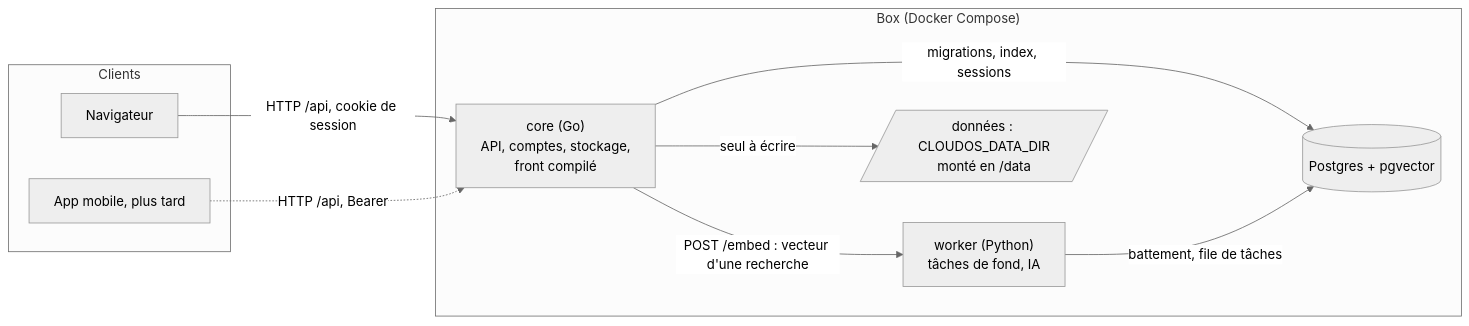
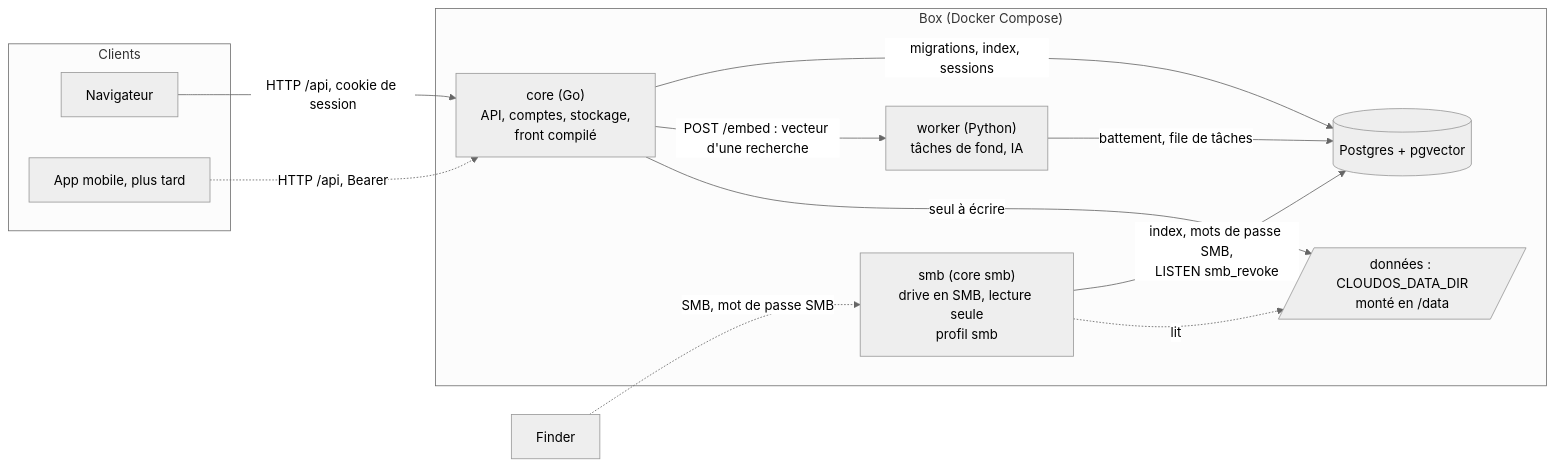
Before and after one commit to C2-POLY/cloud-os: the first of 3 diagrams in docs/architecture/overview.md, drawn with Mermaid (neutral theme). The commit also changed other lines of this file and 98 other files, not shown here.

````diff
--- a/docs/architecture/overview.md
+++ b/docs/architecture/overview.md
@@ -8,19 +8,23 @@
 ```mermaid
 flowchart LR
     subgraph Clients
         W[Navigateur]
         M[App mobile, plus tard]
     end
     subgraph Box["Box (Docker Compose)"]
         C["core (Go)<br/>API, comptes, stockage,<br/>front compilé"]
         K["worker (Python)<br/>tâches de fond, IA"]
+        S["smb (core smb)<br/>drive en SMB, lecture seule<br/>profil smb"]
         DB[("Postgres + pgvector")]
         D[/"données : CLOUDOS_DATA_DIR<br/>monté en /data"/]
     end
+    F[Finder] -. "SMB, mot de passe SMB" .-> S
     W -- "HTTP /api, cookie de session" --> C
     M -. "HTTP /api, Bearer" .-> C
     C -- "migrations, index, sessions" --> DB
     K -- "battement, file de tâches" --> DB
     C -- "POST /embed : vecteur d'une recherche" --> K
     C -- "seul à écrire" --> D
+    S -- "index, mots de passe SMB,<br/>LISTEN smb_revoke" --> DB
+    S -. "lit" .-> D
 ```
````
